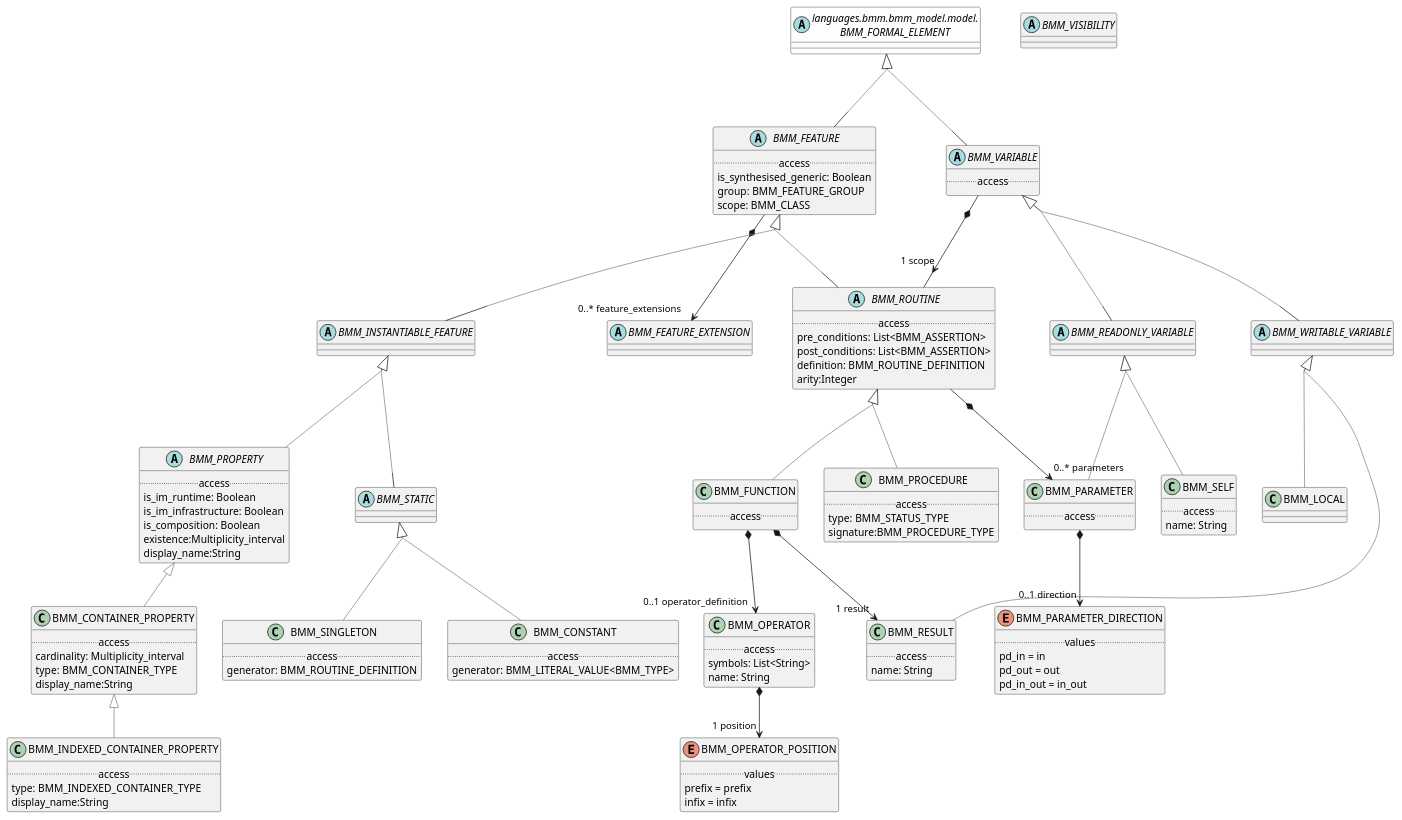
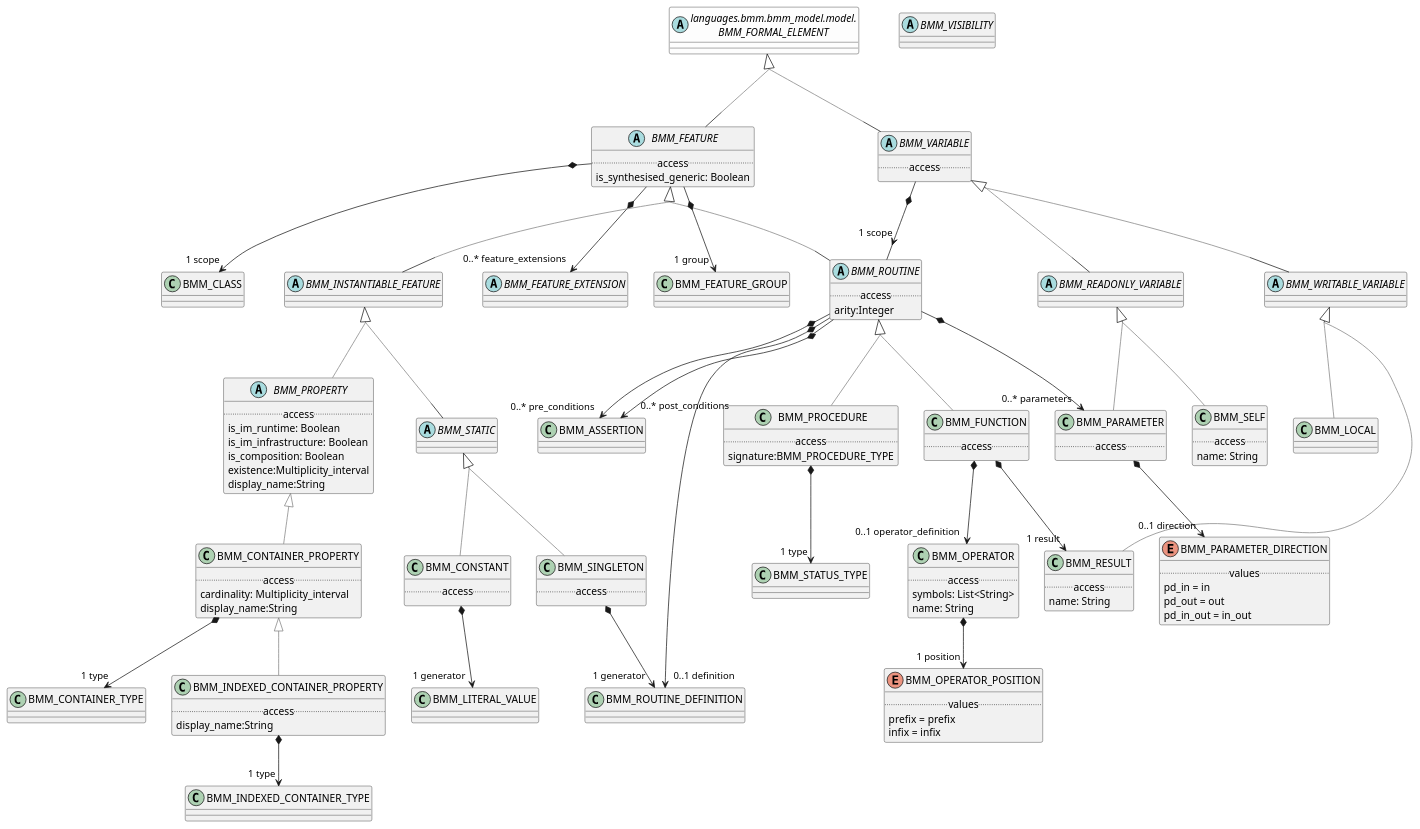
Before and after one commit to wolandscat/openehr-doc: the diagram in modules/ROOT/examples/bmm/languages/bmm/bmm_model/feature/feature-package-uml.adoc, drawn with PlantUML. The commit also changed 30 other files, not shown here.

```diff
--- a/modules/ROOT/examples/bmm/languages/bmm/bmm_model/feature/feature-package-uml.adoc
+++ b/modules/ROOT/examples/bmm/languages/bmm/bmm_model/feature/feature-package-uml.adoc
@@ -8,11 +8,12 @@
 
 class BMM_SINGLETON [[/openehr-doc/latest/languages/bmm-gen.html#_class_bmm_singleton]] {
         .. access ..
-        generator: BMM_ROUTINE_DEFINITION
 }
 
 BMM_SINGLETON -[#gray]up-|> BMM_STATIC  
 
+
+BMM_SINGLETON *--> "1 generator" BMM_ROUTINE_DEFINITION
 
 abstract class BMM_FEATURE_EXTENSION [[/openehr-doc/latest/languages/bmm-gen.html#_class_bmm_feature_extension]] {
 }
@@ -20,21 +21,23 @@
 
 class BMM_INDEXED_CONTAINER_PROPERTY [[/openehr-doc/latest/languages/bmm-gen.html#_class_bmm_indexed_container_property]] {
         .. access ..
-        type: BMM_INDEXED_CONTAINER_TYPE
         display_name:String
 }
 
 BMM_INDEXED_CONTAINER_PROPERTY -[#gray]up-|> BMM_CONTAINER_PROPERTY  
 
 
+BMM_INDEXED_CONTAINER_PROPERTY *--> "1 type" BMM_INDEXED_CONTAINER_TYPE
+
 class BMM_PROCEDURE [[/openehr-doc/latest/languages/bmm-gen.html#_class_bmm_procedure]] {
         .. access ..
-        type: BMM_STATUS_TYPE
         signature:BMM_PROCEDURE_TYPE
 }
 
 BMM_PROCEDURE -[#gray]up-|> BMM_ROUTINE  
 
+
+BMM_PROCEDURE *--> "1 type" BMM_STATUS_TYPE
 
 class BMM_SELF [[/openehr-doc/latest/languages/bmm-gen.html#_class_bmm_self]] {
         .. access ..
@@ -61,9 +64,6 @@
 
 abstract class BMM_ROUTINE [[/openehr-doc/latest/languages/bmm-gen.html#_class_bmm_routine]] {
         .. access ..
-        pre_conditions: List<BMM_ASSERTION>
-        post_conditions: List<BMM_ASSERTION>
-        definition: BMM_ROUTINE_DEFINITION
         arity:Integer
 }
 
@@ -71,6 +71,12 @@
 
 
 BMM_ROUTINE *--> "0..* parameters" BMM_PARAMETER
+
+BMM_ROUTINE *--> "0..* pre_conditions" BMM_ASSERTION
+
+BMM_ROUTINE *--> "0..* post_conditions" BMM_ASSERTION
+
+BMM_ROUTINE *--> "0..1 definition" BMM_ROUTINE_DEFINITION
 
 class BMM_LOCAL [[/openehr-doc/latest/languages/bmm-gen.html#_class_bmm_local]] {
 }
@@ -124,8 +130,6 @@
 abstract class BMM_FEATURE [[/openehr-doc/latest/languages/bmm-gen.html#_class_bmm_feature]] {
         .. access ..
         is_synthesised_generic: Boolean
-        group: BMM_FEATURE_GROUP
-        scope: BMM_CLASS
 }
 
 BMM_FEATURE -[#gray]up-|> BMM_FORMAL_ELEMENT  
@@ -133,13 +137,18 @@
 
 BMM_FEATURE *--> "0..* feature_extensions" BMM_FEATURE_EXTENSION
 
+BMM_FEATURE *--> "1 group" BMM_FEATURE_GROUP
+
+BMM_FEATURE *--> "1 scope" BMM_CLASS
+
 class BMM_CONSTANT [[/openehr-doc/latest/languages/bmm-gen.html#_class_bmm_constant]] {
         .. access ..
-        generator: BMM_LITERAL_VALUE<BMM_TYPE>
 }
 
 BMM_CONSTANT -[#gray]up-|> BMM_STATIC  
 
+
+BMM_CONSTANT *--> "1 generator" BMM_LITERAL_VALUE
 
 enum BMM_OPERATOR_POSITION [[/openehr-doc/latest/languages/bmm-gen.html#_class_bmm_operator_position]] {
         .. values ..
@@ -150,12 +159,13 @@
 class BMM_CONTAINER_PROPERTY [[/openehr-doc/latest/languages/bmm-gen.html#_class_bmm_container_property]] {
         .. access ..
         cardinality: Multiplicity_interval
-        type: BMM_CONTAINER_TYPE
         display_name:String
 }
 
 BMM_CONTAINER_PROPERTY -[#gray]up-|> BMM_PROPERTY  
 
+
+BMM_CONTAINER_PROPERTY *--> "1 type" BMM_CONTAINER_TYPE
 
 abstract class BMM_WRITABLE_VARIABLE [[/openehr-doc/latest/languages/bmm-gen.html#_class_bmm_writable_variable]] {
 }
```
